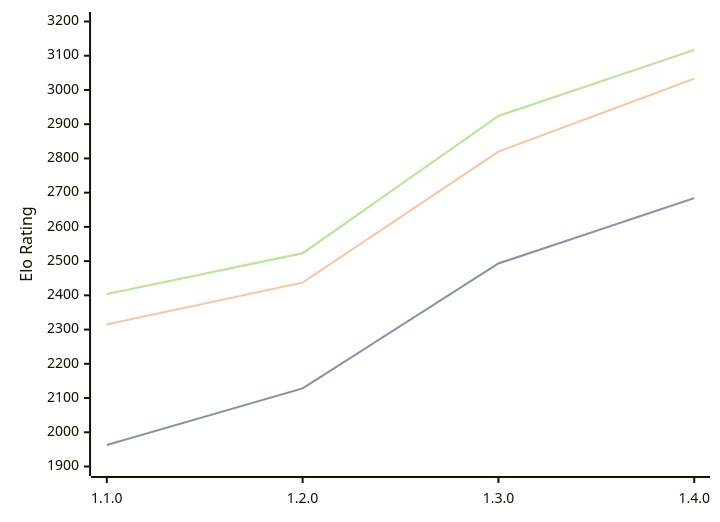
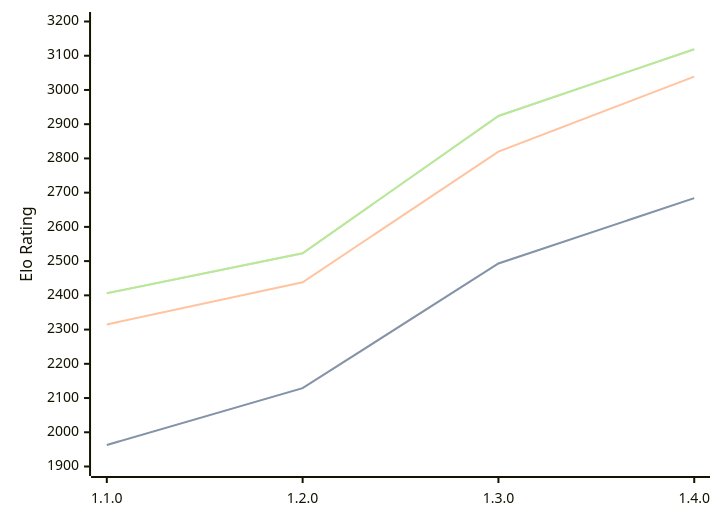
The diagram in engines/Gyatso.md (computer-chess-index/cci), drawn with Mermaid before and after one commit. The commit also changed other lines of this file, not shown here.

Commit message:
Update CCI Ratings (ELO VLTC) - 2026-09-16

````diff
--- a/engines/Gyatso.md
+++ b/engines/Gyatso.md
@@ -36,11 +36,11 @@
 ```mermaid
 %%{init: {"theme":"base","themeVariables":{"seriesColors:['#a3a3a3','#222221','#faa371']}}}%%
 xychart-beta
   x-axis ["1.1.0", "1.2.0", "1.3.0", "1.4.0"]
   y-axis "Elo Rating" 1900 --> 3200
-  line "" [1963, 2128, 2493, 2684]
-  line "STC (8.0+0.08s)" [1963, 2128, 2493, 2684]
-  line "LTC (60.0+0.60s)" [2315, 2437, 2820, 3033]
-  line "" [2404, 2523, 2924, 3117]
-  line "VLTC (2m24s+1.12s)" [2404, 2523, 2924, 3117]
+  line "" [1963, 2129, 2493, 2684]
+  line "STC (8.0+0.08s)" [1963, 2129, 2493, 2684]
+  line "LTC (60.0+0.60s)" [2315, 2438, 2820, 3039]
+  line "" [2406, 2523, 2924, 3119]
+  line "VLTC (2m24s+1.12s)" [2406, 2523, 2924, 3119]
 ```
````
